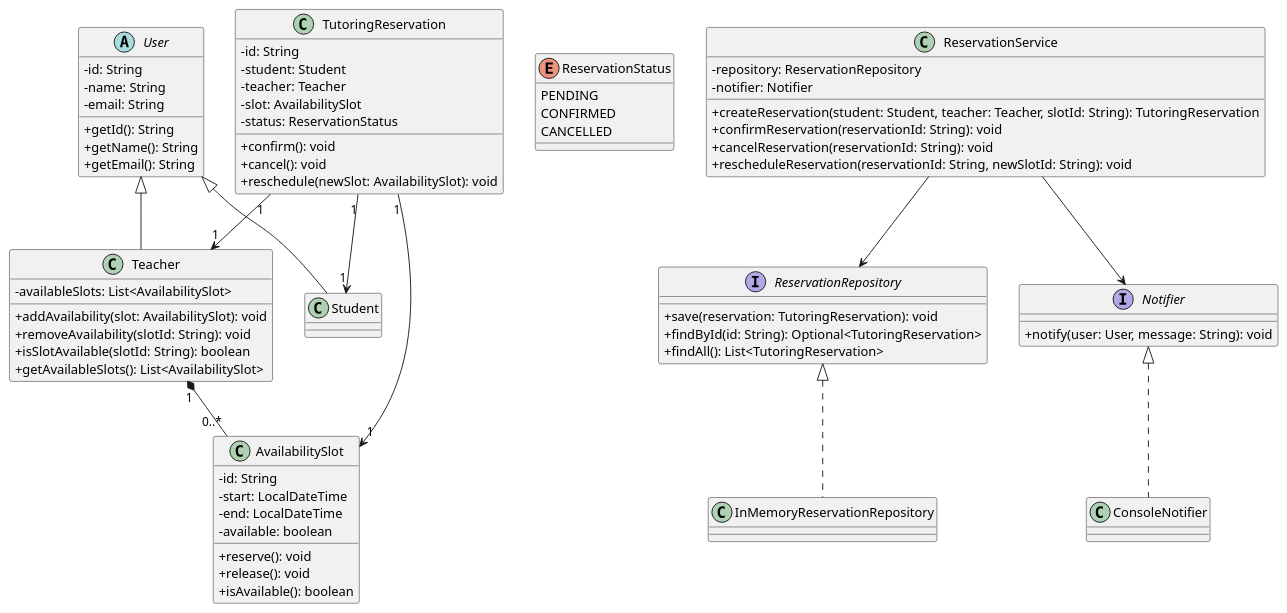
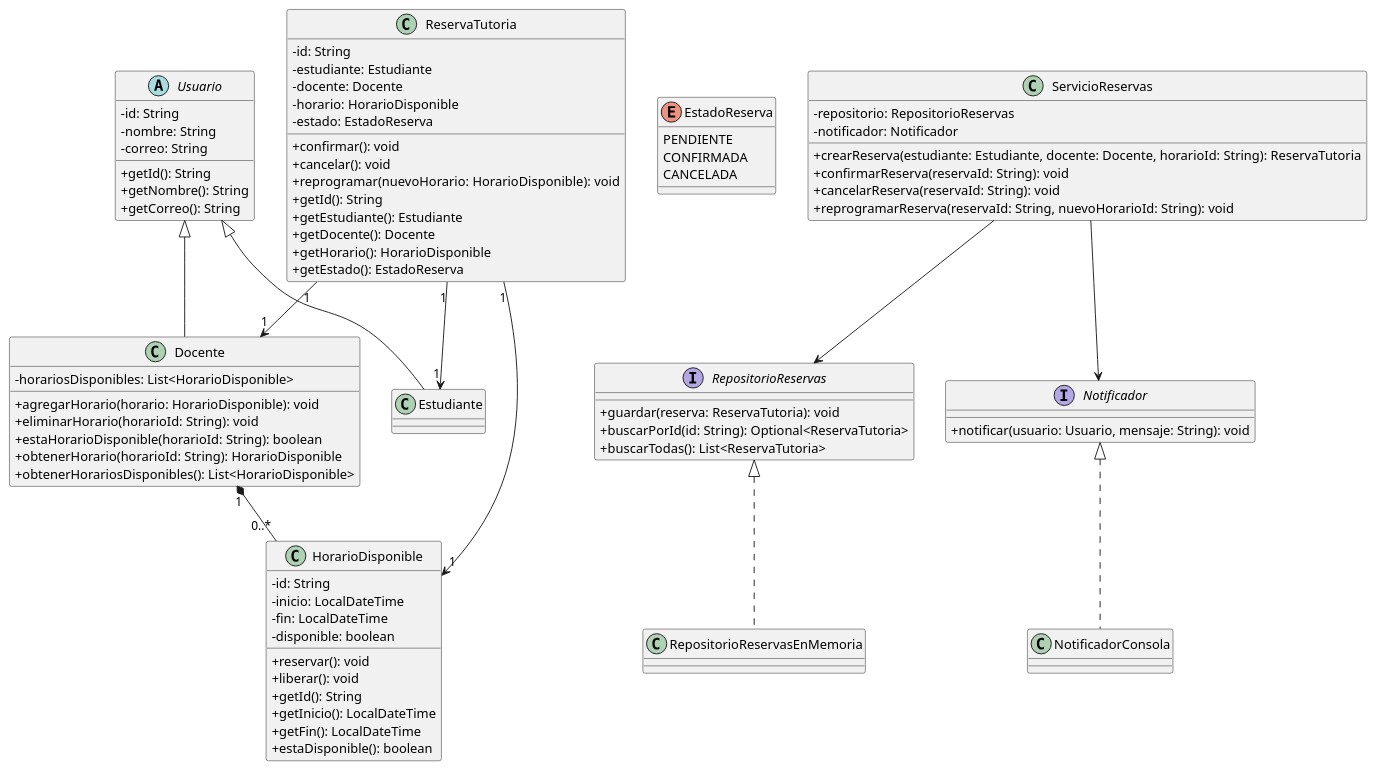
One commit to kelvinal1/ucom0310-tutoring-system changed the diagram in docs/modelo-clases.puml. Above: the diagram before and after it, drawn with PlantUML. The commit also changed 26 other files, not shown here.

Commit message:
refactor: translate model, uml and tests to spanish

```diff
--- a/docs/modelo-clases.puml
+++ b/docs/modelo-clases.puml
@@ -1,88 +1,97 @@
 @startuml
 
 skinparam classAttributeIconSize 0
 
-abstract class User {
+abstract class Usuario {
     - id: String
-    - name: String
-    - email: String
+    - nombre: String
+    - correo: String
     + getId(): String
-    + getName(): String
-    + getEmail(): String
+    + getNombre(): String
+    + getCorreo(): String
 }
 
-class Student {
+class Estudiante {
 }
 
-class Teacher {
-    - availableSlots: List<AvailabilitySlot>
-    + addAvailability(slot: AvailabilitySlot): void
-    + removeAvailability(slotId: String): void
-    + isSlotAvailable(slotId: String): boolean
-    + getAvailableSlots(): List<AvailabilitySlot>
+class Docente {
+    - horariosDisponibles: List<HorarioDisponible>
+    + agregarHorario(horario: HorarioDisponible): void
+    + eliminarHorario(horarioId: String): void
+    + estaHorarioDisponible(horarioId: String): boolean
+    + obtenerHorario(horarioId: String): HorarioDisponible
+    + obtenerHorariosDisponibles(): List<HorarioDisponible>
 }
 
-class AvailabilitySlot {
+class HorarioDisponible {
     - id: String
-    - start: LocalDateTime
-    - end: LocalDateTime
-    - available: boolean
-    + reserve(): void
-    + release(): void
-    + isAvailable(): boolean
+    - inicio: LocalDateTime
+    - fin: LocalDateTime
+    - disponible: boolean
+    + reservar(): void
+    + liberar(): void
+    + getId(): String
+    + getInicio(): LocalDateTime
+    + getFin(): LocalDateTime
+    + estaDisponible(): boolean
 }
 
-enum ReservationStatus {
-    PENDING
-    CONFIRMED
-    CANCELLED
+enum EstadoReserva {
+    PENDIENTE
+    CONFIRMADA
+    CANCELADA
 }
 
-class TutoringReservation {
+class ReservaTutoria {
     - id: String
-    - student: Student
-    - teacher: Teacher
-    - slot: AvailabilitySlot
-    - status: ReservationStatus
-    + confirm(): void
-    + cancel(): void
-    + reschedule(newSlot: AvailabilitySlot): void
+    - estudiante: Estudiante
+    - docente: Docente
+    - horario: HorarioDisponible
+    - estado: EstadoReserva
+    + confirmar(): void
+    + cancelar(): void
+    + reprogramar(nuevoHorario: HorarioDisponible): void
+    + getId(): String
+    + getEstudiante(): Estudiante
+    + getDocente(): Docente
+    + getHorario(): HorarioDisponible
+    + getEstado(): EstadoReserva
 }
 
-interface ReservationRepository {
-    + save(reservation: TutoringReservation): void
-    + findById(id: String): Optional<TutoringReservation>
-    + findAll(): List<TutoringReservation>
+interface RepositorioReservas {
+    + guardar(reserva: ReservaTutoria): void
+    + buscarPorId(id: String): Optional<ReservaTutoria>
+    + buscarTodas(): List<ReservaTutoria>
 }
 
-interface Notifier {
-    + notify(user: User, message: String): void
+interface Notificador {
+    + notificar(usuario: Usuario, mensaje: String): void
 }
 
-class InMemoryReservationRepository
-class ConsoleNotifier
+class RepositorioReservasEnMemoria
+class NotificadorConsola
 
-class ReservationService {
-    - repository: ReservationRepository
-    - notifier: Notifier
-    + createReservation(student: Student, teacher: Teacher, slotId: String): TutoringReservation
-    + confirmReservation(reservationId: String): void
-    + cancelReservation(reservationId: String): void
-    + rescheduleReservation(reservationId: String, newSlotId: String): void
+class ServicioReservas {
+    - repositorio: RepositorioReservas
+    - notificador: Notificador
+    + crearReserva(estudiante: Estudiante, docente: Docente, horarioId: String): ReservaTutoria
+    + confirmarReserva(reservaId: String): void
+    + cancelarReserva(reservaId: String): void
+    + reprogramarReserva(reservaId: String, nuevoHorarioId: String): void
 }
 
-User <|-- Student
-User <|-- Teacher
+Usuario <|-- Estudiante
+Usuario <|-- Docente
 
-Teacher "1" *-- "0..*" AvailabilitySlot
-TutoringReservation "1" --> "1" Student
-TutoringReservation "1" --> "1" Teacher
-TutoringReservation "1" --> "1" AvailabilitySlot
+Docente "1" *-- "0..*" HorarioDisponible
+ReservaTutoria "1" --> "1" Estudiante
+ReservaTutoria "1" --> "1" Docente
+ReservaTutoria "1" --> "1" HorarioDisponible
 
-ReservationService --> ReservationRepository
-ReservationService --> Notifier
+ServicioReservas --> RepositorioReservas
+ServicioReservas --> Notificador
 
-ReservationRepository <|.. InMemoryReservationRepository
-Notifier <|.. ConsoleNotifier
+RepositorioReservas <|.. RepositorioReservasEnMemoria
+Notificador <|.. NotificadorConsola
 
 @enduml
```
